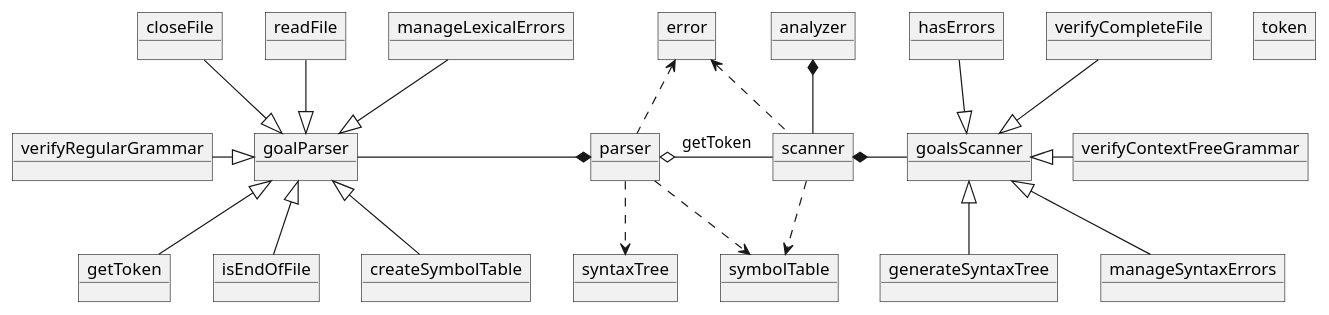
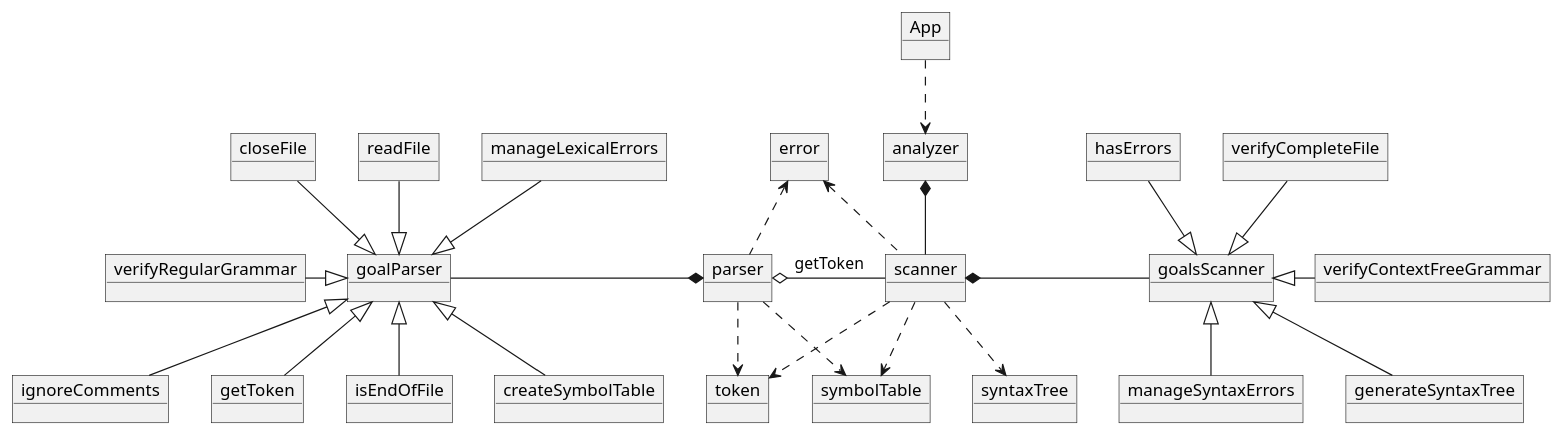
Before and after one commit to moroquin/parser-scanner-analyzer: the diagram in docs/DomainModel.wsd, drawn with PlantUML. The commit also changed 3 other files, not shown here.

Commit message:
creating the domain model and class model diagram

```diff
--- a/docs/DomainModel.wsd
+++ b/docs/DomainModel.wsd
@@ -1,73 +1,77 @@
 @startuml
 
+    object App
     object scanner
 
     object parser
 
     object analyzer
 
     object token
 
     object symbolTable
 
     object error
 
     object syntaxTree
 
     object goalsScanner
 
     object readFile
     object closeFile
     object manageLexicalErrors
     object verifyRegularGrammar
     object getToken
     object isEndOfFile
     object createSymbolTable
-
+    object ignoreComments
 
     object verifyContextFreeGrammar
     object generateSyntaxTree
     object manageSyntaxErrors
     object verifyCompleteFile
     object hasErrors
 
     object goalParser
 
+    App ..> analyzer
 
     analyzer *-- scanner
-    
+     parser ..> token
+    scanner ..> token
+
 
     scanner .up.> error
     parser .up.> error
 
     parser o-right- scanner: getToken
 
-    parser ..> syntaxTree
+    scanner ..> syntaxTree
 
     scanner ..> symbolTable
     parser ..>  symbolTable
 
 
 
     scanner *-right- goalsScanner
 
     parser *-left- goalParser
 
 
     goalParser <|-up- readFile
     goalParser <|-up- closeFile
     goalParser <|-up- manageLexicalErrors
     goalParser <|-left- verifyRegularGrammar
     goalParser <|-down- getToken
     goalParser <|-down- isEndOfFile
     goalParser <|-down- createSymbolTable
-
+    goalParser <|-down- ignoreComments
 
     goalsScanner <|-right- verifyContextFreeGrammar
     goalsScanner <|-down- generateSyntaxTree
     goalsScanner <|-down- manageSyntaxErrors
     goalsScanner <|-up- verifyCompleteFile
     goalsScanner <|-up- hasErrors
 
 
 @enduml
```
